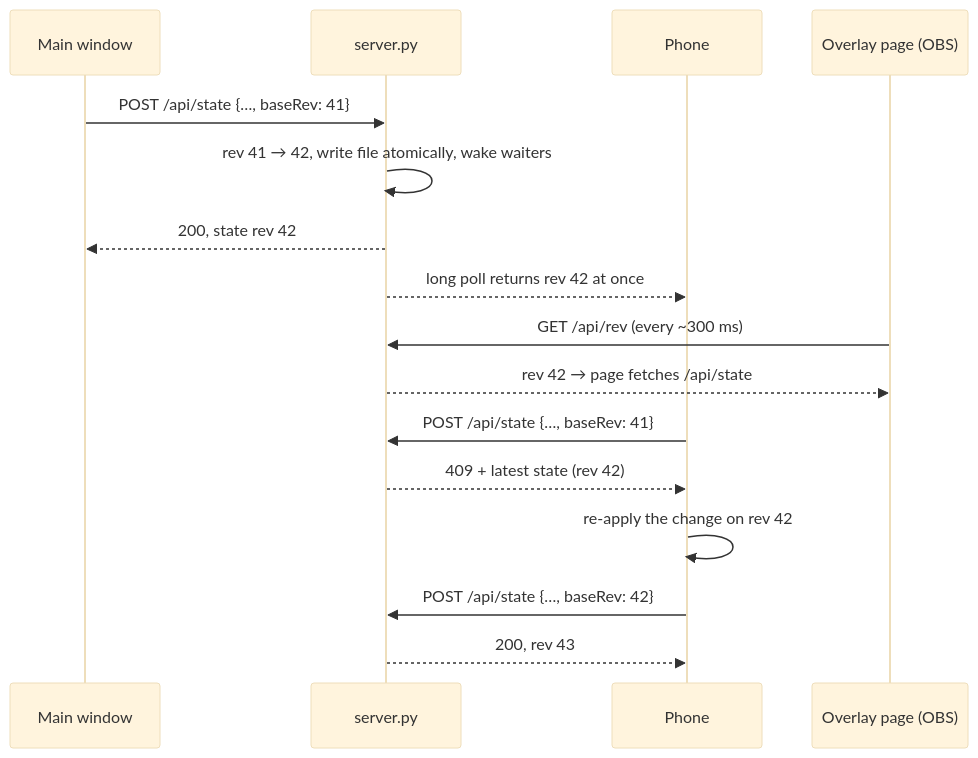
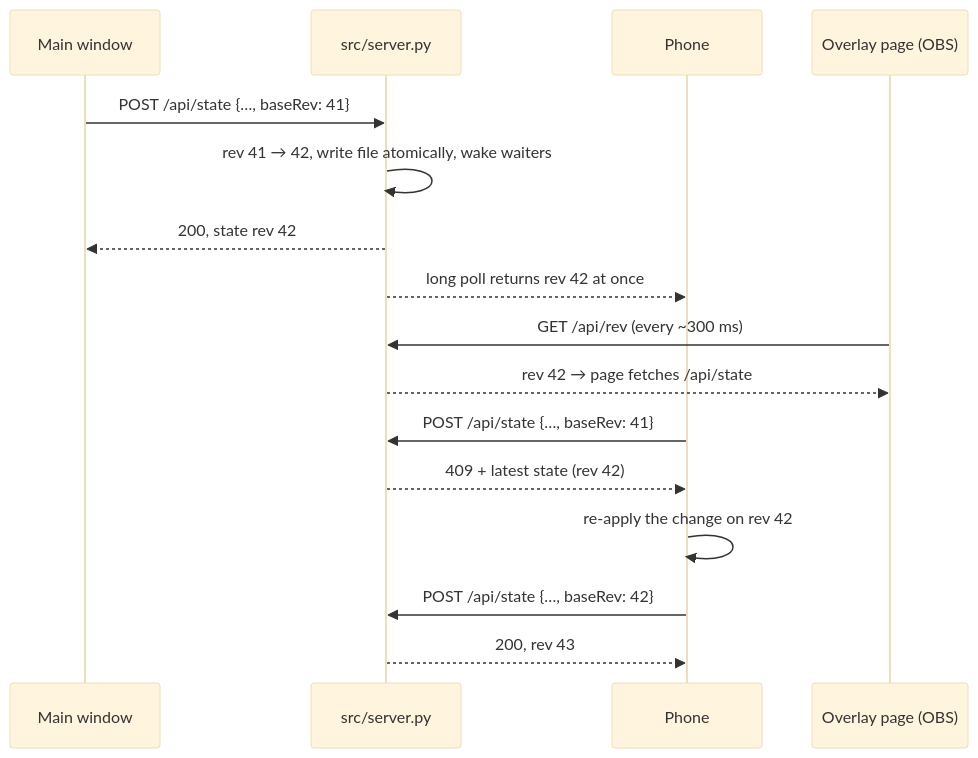
Before and after one commit to mshobin/FrameDecks: the seventh of 8 diagrams in docs/ARCHITECTURE.md, drawn with Mermaid (base theme). The commit also changed other lines of this file and 109 other files, not shown here.

First line of the commit message:
Reorganize root: Python modules to src/, community docs to .github/, licences to legal/, changelog and roadmap to docs/, ruff config to config/

````diff
--- a/docs/ARCHITECTURE.md
+++ b/docs/ARCHITECTURE.md
@@ -229,18 +229,18 @@
 ```mermaid
 sequenceDiagram
   participant A as Main window
-  participant S as server.py
+  participant S as src/server.py
   participant B as Phone
   participant O as Overlay page (OBS)
   A->>S: POST /api/state {…, baseRev: 41}
   S->>S: rev 41 → 42, write file atomically, wake waiters
   S-->>A: 200, state rev 42
   S-->>B: long poll returns rev 42 at once
   O->>S: GET /api/rev (every ~300 ms)
   S-->>O: rev 42 → page fetches /api/state
   B->>S: POST /api/state {…, baseRev: 41}
   S-->>B: 409 + latest state (rev 42)
   B->>B: re-apply the change on rev 42
   B->>S: POST /api/state {…, baseRev: 42}
   S-->>B: 200, rev 43
 ```
````
